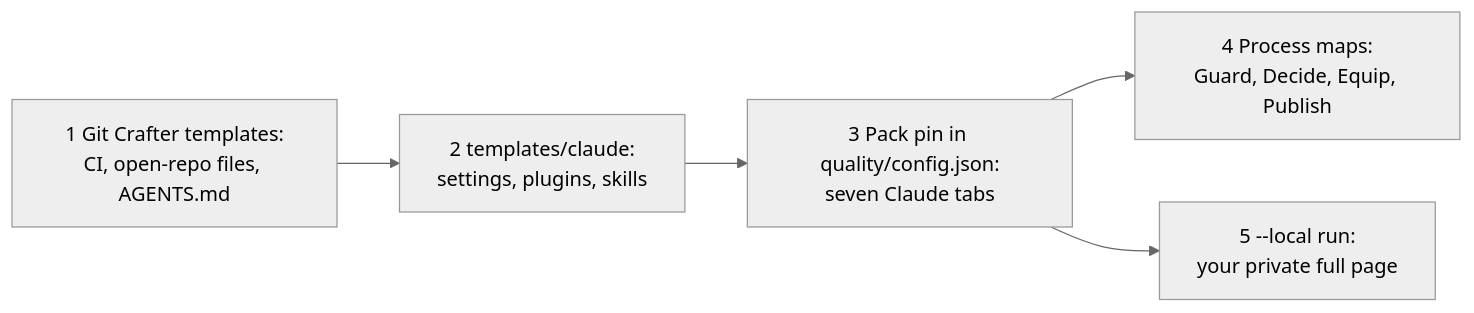
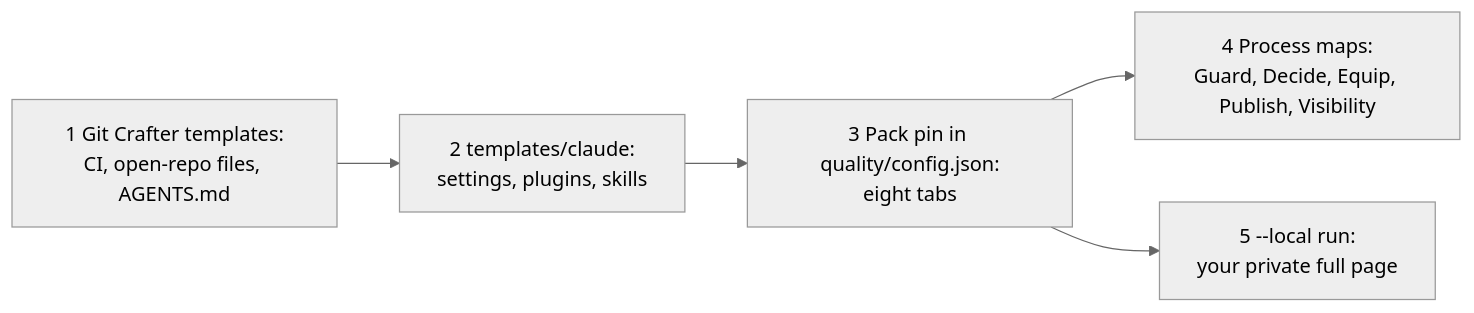
The first of 2 diagrams in README.md (Colorado-Startups/claudius), drawn with Mermaid (neutral theme) before and after one commit. The commit also changed other lines of this file and 24 other files, not shown here.

````diff
--- a/README.md
+++ b/README.md
@@ -25,7 +25,7 @@
 ```mermaid
 flowchart LR
   GC[1 Git Crafter templates:<br/>CI, open-repo files, AGENTS.md] --> T[2 templates/claude:<br/>settings, plugins, skills]
-  T --> P[3 Pack pin in quality/config.json:<br/>seven Claude tabs]
-  P --> M[4 Process maps:<br/>Guard, Decide, Equip, Publish]
+  T --> P[3 Pack pin in quality/config.json:<br/>eight tabs]
+  P --> M[4 Process maps:<br/>Guard, Decide, Equip, Publish, Visibility]
   P --> L[5 --local run:<br/>your private full page]
 ```
````
